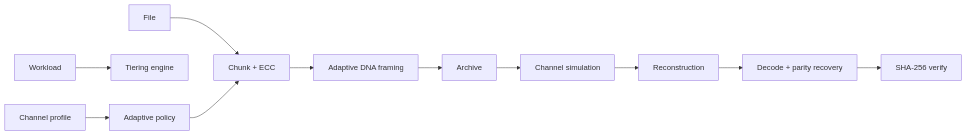
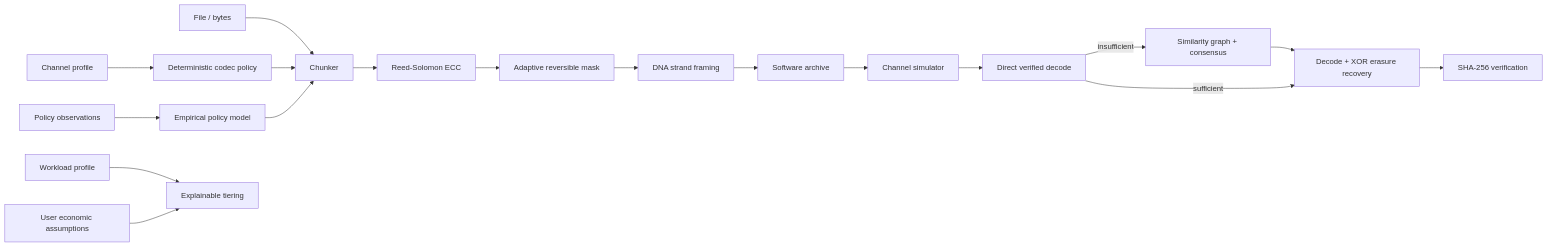
Before and after one commit to sauravsingla/OligoArk: the diagram in README.md, drawn with Mermaid. The commit also changed other lines of this file, not shown here.

````diff
--- a/README.md
+++ b/README.md
@@ -21,13 +26,22 @@
 ```mermaid
 flowchart LR
-  A[File] --> B[Chunk + ECC]
-  B --> C[Adaptive DNA framing]
-  C --> D[Archive]
-  D --> E[Channel simulation]
-  E --> F[Reconstruction]
-  F --> G[Decode + parity recovery]
-  G --> H[SHA-256 verify]
-  I[Workload] --> J[Tiering engine]
-  K[Channel profile] --> L[Adaptive policy]
-  L --> B
+  A[File / bytes] --> B[Chunker]
+  B --> C[Reed-Solomon ECC]
+  C --> D[Adaptive reversible mask]
+  D --> E[DNA strand framing]
+  E --> F[Software archive]
+  F --> G[Channel simulator]
+  G --> H[Direct verified decode]
+  H -->|insufficient| I[Similarity graph + consensus]
+  I --> J[Decode + XOR erasure recovery]
+  H -->|sufficient| J
+  J --> K[SHA-256 verification]
+
+  L[Channel profile] --> M[Deterministic codec policy]
+  N[Policy observations] --> O[Empirical policy model]
+  M --> B
+  O --> B
+
+  P[Workload profile] --> Q[Explainable tiering]
+  R[User economic assumptions] --> Q
 ```
````
